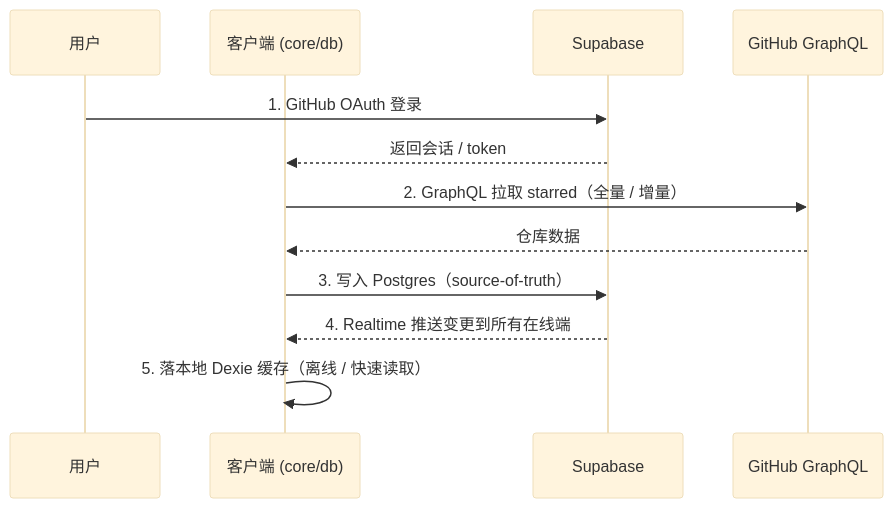
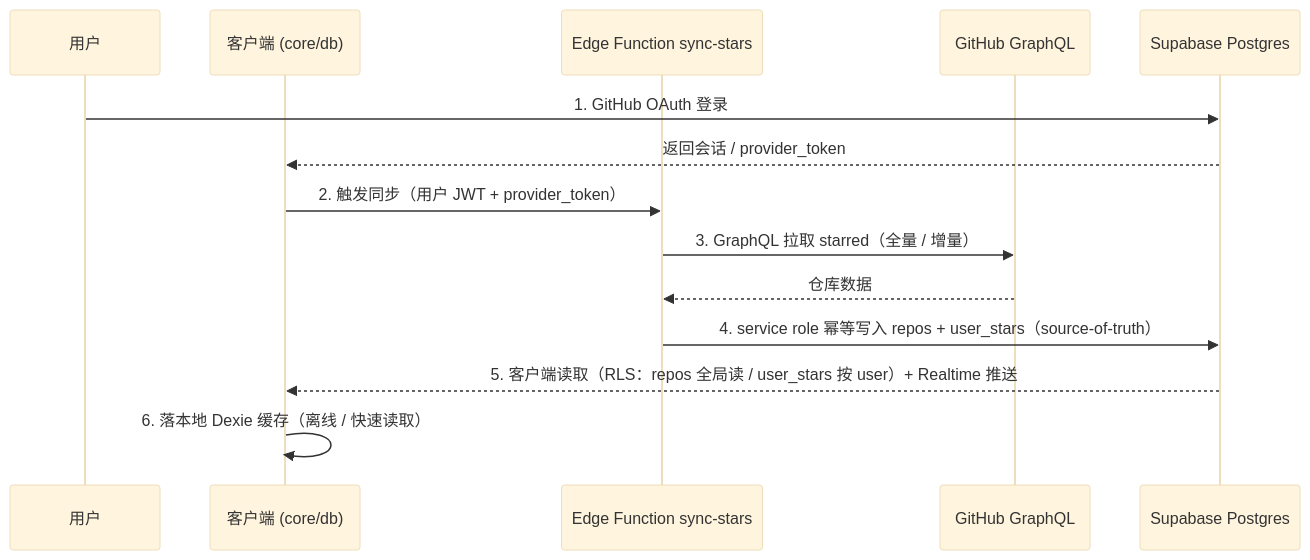
The second of 2 diagrams in knowledge/contracts/architecture.md (Mournerliao/asterism), drawn with Mermaid (base theme) before and after one commit. The commit also changed other lines of this file and 2 other files, not shown here.

Commit message:
docs(architecture): adopt edge function for stars sync
裁决 architecture.md 数据流与 data-model RLS 的冲突：stars 同步写入改走
Edge Function sync-stars（service role），客户端只触发+读取，契合 repos
全局表「仅受信路径写」约束。新增 ADR 0006 记录决策、provider_token 局限
与备选取舍；同步修正数据流时序图与 roadmap 过期的「当前状态」表
（Phase 0 已验收 / Phase 1 进行中）。

````diff
--- a/knowledge/contracts/architecture.md
+++ b/knowledge/contracts/architecture.md
@@ -96,15 +96,17 @@
 ```mermaid
 sequenceDiagram
   participant U as 用户
   participant C as 客户端 (core/db)
-  participant SB as Supabase
+  participant Fn as Edge Function sync-stars
   participant GH as GitHub GraphQL
+  participant SB as Supabase Postgres
 
   U->>SB: 1. GitHub OAuth 登录
-  SB-->>C: 返回会话 / token
-  C->>GH: 2. GraphQL 拉取 starred（全量 / 增量）
-  GH-->>C: 仓库数据
-  C->>SB: 3. 写入 Postgres（source-of-truth）
-  SB-->>C: 4. Realtime 推送变更到所有在线端
-  C->>C: 5. 落本地 Dexie 缓存（离线 / 快速读取）
+  SB-->>C: 返回会话 / provider_token
+  C->>Fn: 2. 触发同步（用户 JWT + provider_token）
+  Fn->>GH: 3. GraphQL 拉取 starred（全量 / 增量）
+  GH-->>Fn: 仓库数据
+  Fn->>SB: 4. service role 幂等写入 repos + user_stars（source-of-truth）
+  SB-->>C: 5. 客户端读取（RLS：repos 全局读 / user_stars 按 user）+ Realtime 推送
+  C->>C: 6. 落本地 Dexie 缓存（离线 / 快速读取）
 ```
````
